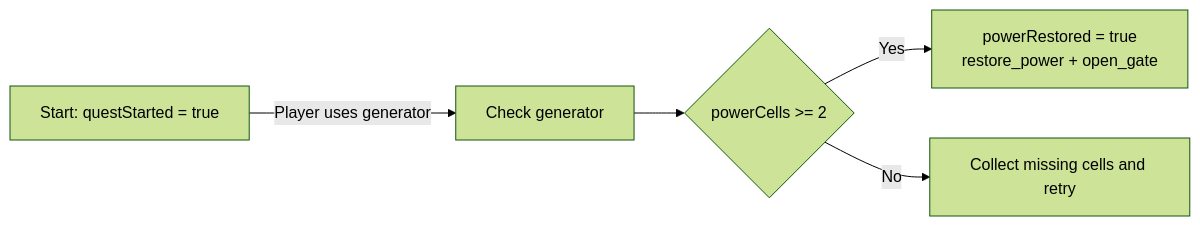
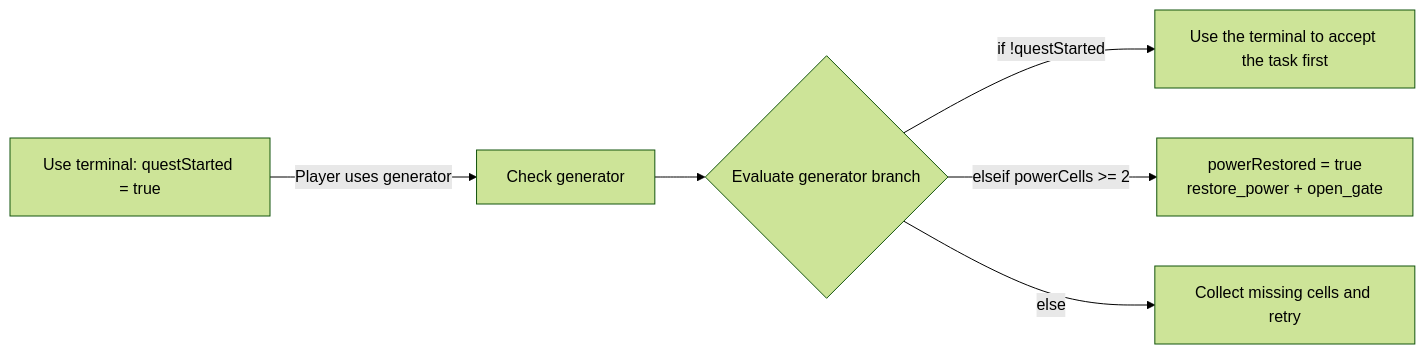
Before and after one commit to arcweave/arcweave-unreal-quest-example: the diagram in docs/narrative.md, drawn with Mermaid (forest theme). The commit also changed other lines of this file and 12 other files, not shown here.

````diff
--- a/docs/narrative.md
+++ b/docs/narrative.md
@@ -5,7 +5,8 @@
 ```mermaid
 flowchart LR
-    Start["Start: questStarted = true"] -->|Player uses generator| Generator[Check generator]
-    Generator --> Power{powerCells >= 2}
-    Power -->|Yes| Success["powerRestored = true<br/>restore_power + open_gate"]
-    Power -->|No| Missing[Collect missing cells and retry]
+    Start["Use terminal: questStarted = true"] -->|Player uses generator| Generator[Check generator]
+    Generator --> Branch{Evaluate generator branch}
+    Branch -->|if !questStarted| Terminal[Use the terminal to accept the task first]
+    Branch -->|elseif powerCells >= 2| Success["powerRestored = true<br/>restore_power + open_gate"]
+    Branch -->|else| Missing[Collect missing cells and retry]
 ```
````
